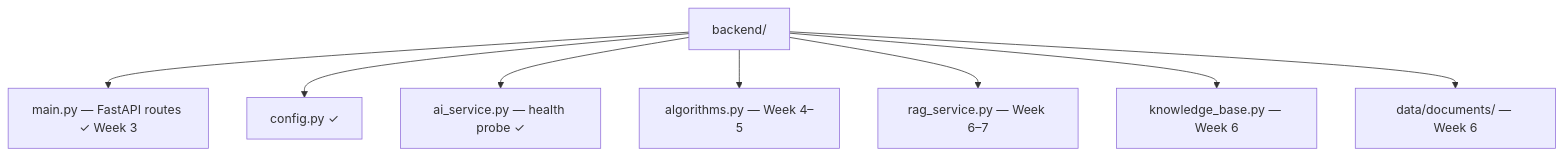
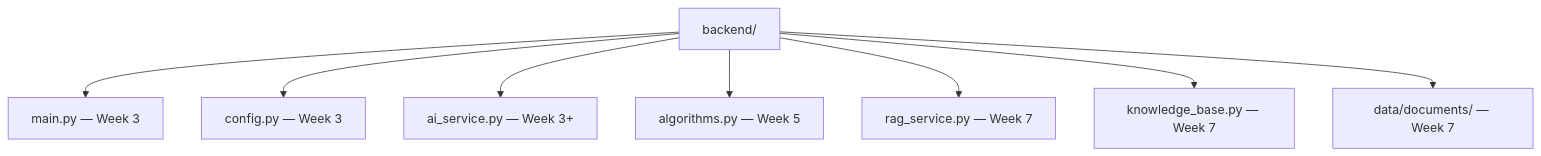
The diagram in backend/README.md (hodncgi/AMS), drawn with Mermaid before and after one commit. The commit also changed other lines of this file and 24 other files, not shown here.

Commit message:
Week 2 complete: align roadmap to 8+3 plan and remove premature Week 3 backend code.

````diff
--- a/backend/README.md
+++ b/backend/README.md
@@ -32,10 +7,10 @@
 ```mermaid
 flowchart TB
-    ROOT[backend/] --> MAIN[main.py — FastAPI routes ✓ Week 3]
-    ROOT --> CFG[config.py ✓]
-    ROOT --> AI[ai_service.py — health probe ✓]
-    ROOT --> ALG[algorithms.py — Week 4–5]
-    ROOT --> RAG[rag_service.py — Week 6–7]
-    ROOT --> KB[knowledge_base.py — Week 6]
-    ROOT --> DATA[data/documents/ — Week 6]
+    ROOT[backend/] --> MAIN[main.py — Week 3]
+    ROOT --> CFG[config.py — Week 3]
+    ROOT --> AI[ai_service.py — Week 3+]
+    ROOT --> ALG[algorithms.py — Week 5]
+    ROOT --> RAG[rag_service.py — Week 7]
+    ROOT --> KB[knowledge_base.py — Week 7]
+    ROOT --> DATA[data/documents/ — Week 7]
 ```
````
